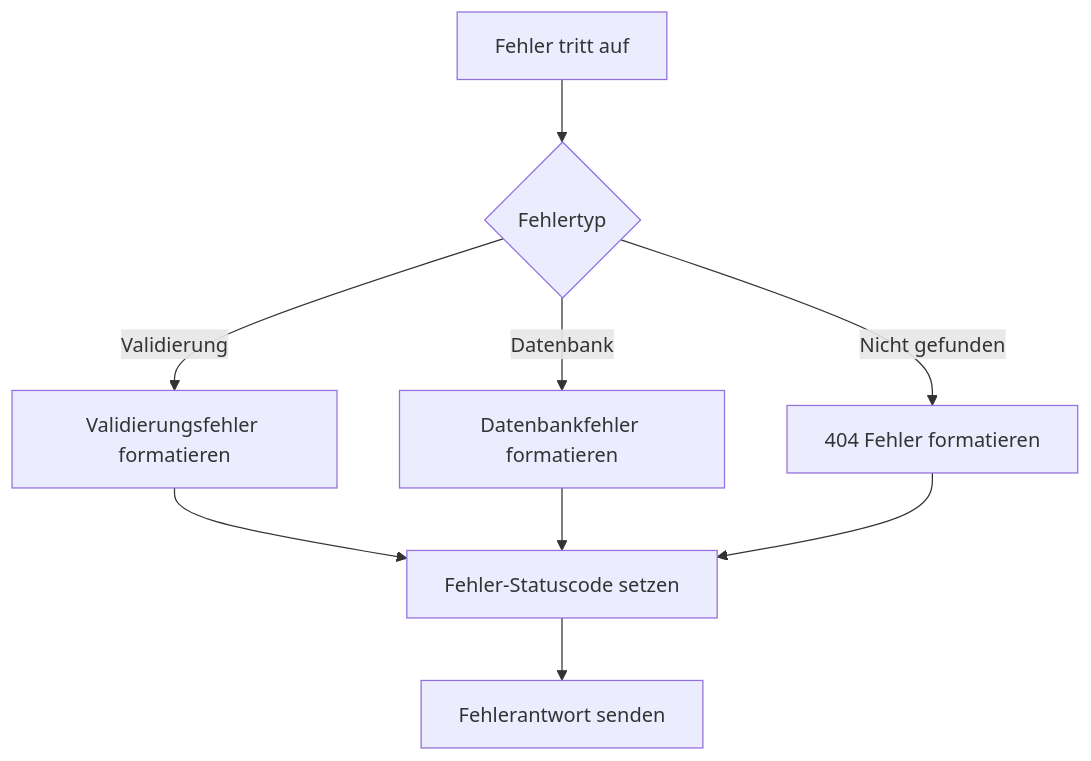
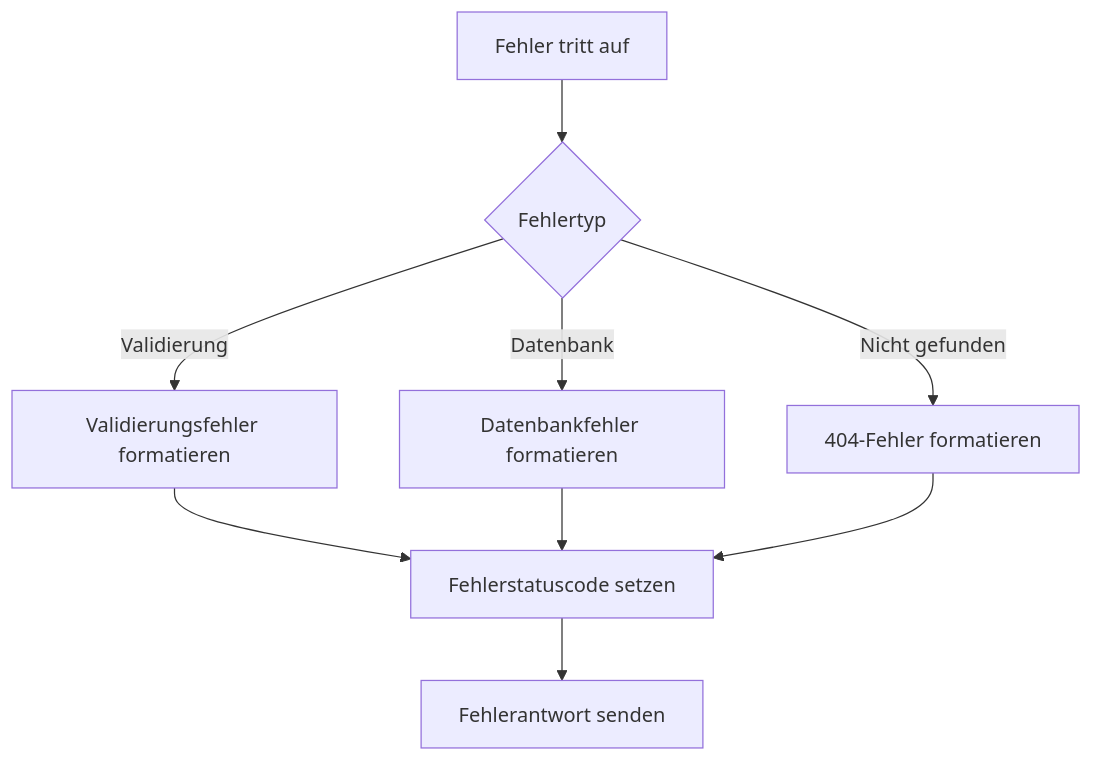
Before and after one commit to secure73/MicrosPy: the third of 4 diagrams in DOCUMENTATION.de.md, drawn with Mermaid. The commit also changed other lines of this file and 2 other files, not shown here.

````diff
--- a/DOCUMENTATION.de.md
+++ b/DOCUMENTATION.de.md
@@ -419,11 +574,11 @@
 ```mermaid
 graph TD
     A[Fehler tritt auf] --> B{Fehlertyp}
     B -->|Validierung| C[Validierungsfehler formatieren]
     B -->|Datenbank| D[Datenbankfehler formatieren]
-    B -->|Nicht gefunden| E[404 Fehler formatieren]
-    C --> F[Fehler-Statuscode setzen]
+    B -->|Nicht gefunden| E[404-Fehler formatieren]
+    C --> F[Fehlerstatuscode setzen]
     D --> F
     E --> F
     F --> G[Fehlerantwort senden]
 ```
````
